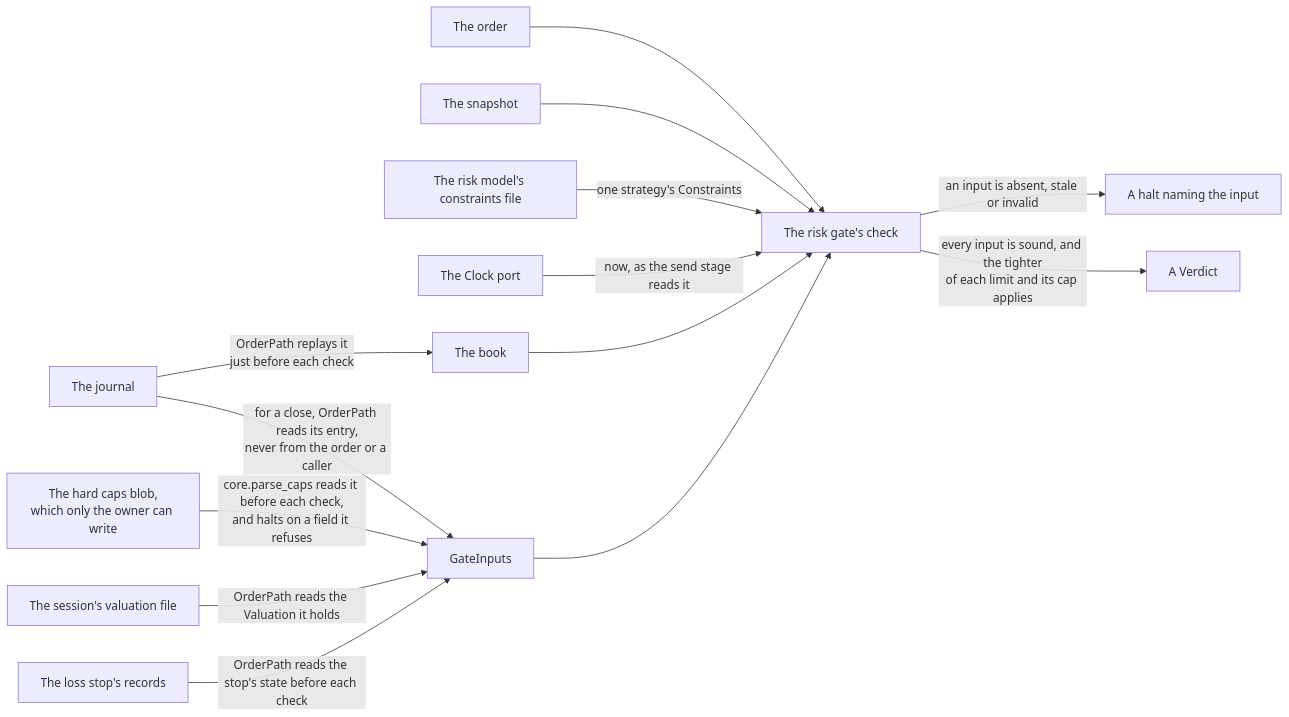
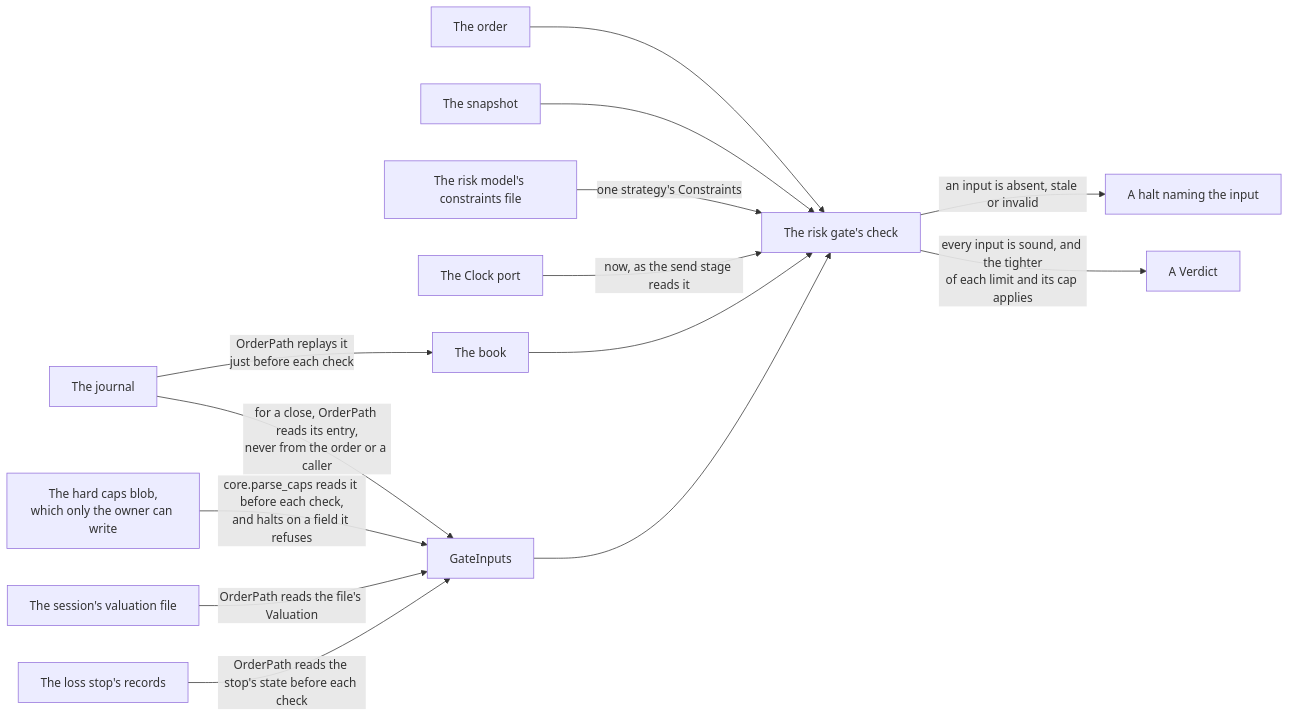
The sixth of 7 diagrams in docs/architecture/05-building-blocks.md (l3a0/ithildin-runtime), drawn with Mermaid before and after one commit. The commit also changed other lines of this file and 8 other files, not shown here.

````diff
--- a/docs/architecture/05-building-blocks.md
+++ b/docs/architecture/05-building-blocks.md
@@ -1031,29 +1031,29 @@
 ```mermaid
 flowchart LR
     order["The order"]
     snapshot["The snapshot"]
     file["The risk model's constraints file"]
     now["The Clock port"]
     journal["The journal"]
     book["The book"]
     inputs["GateInputs"]
     caps["The hard caps blob,<br/>which only the owner can write"]
     v["The session's valuation file"]
     stop["The loss stop's records"]
     gate["The risk gate's check"]
     verdict["A Verdict"]
     halt["A halt naming the input"]
     order --> gate
     snapshot --> gate
     file -->|"one strategy's Constraints"| gate
     now -->|"now, as the send stage reads it"| gate
     book --> gate
     inputs --> gate
     journal -->|"OrderPath replays it<br/>just before each check"| book
     journal -->|"for a close, OrderPath reads its entry,<br/>never from the order or a caller"| inputs
     caps -->|"core.parse_caps reads it before each check,<br/>and halts on a field it refuses"| inputs
-    v -->|"OrderPath reads the Valuation it holds"| inputs
+    v -->|"OrderPath reads the file's Valuation"| inputs
     stop -->|"OrderPath reads the stop's state before each check"| inputs
     gate -->|"an input is absent, stale or invalid"| halt
     gate -->|"every input is sound, and the tighter<br/>of each limit and its cap applies"| verdict
 ```
````
